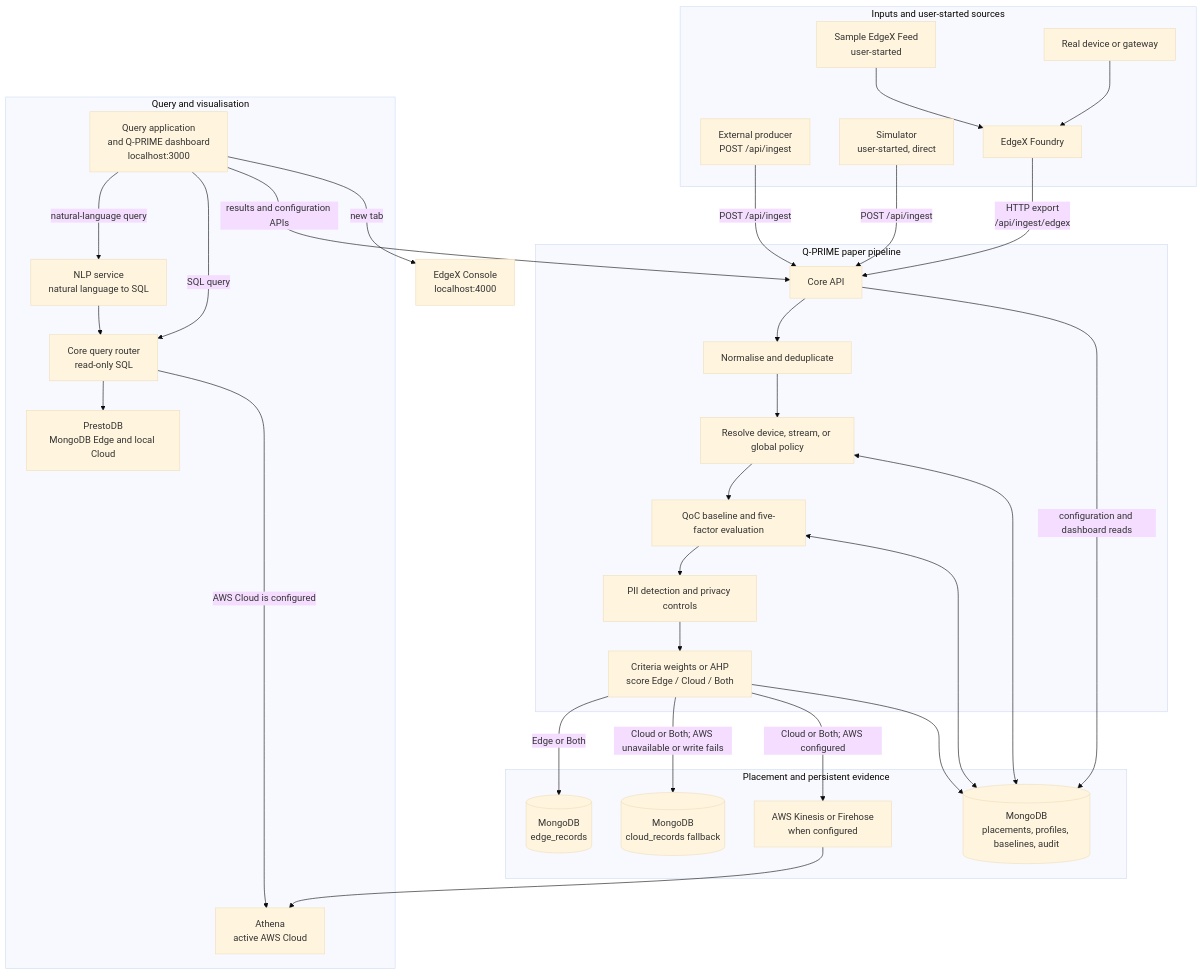
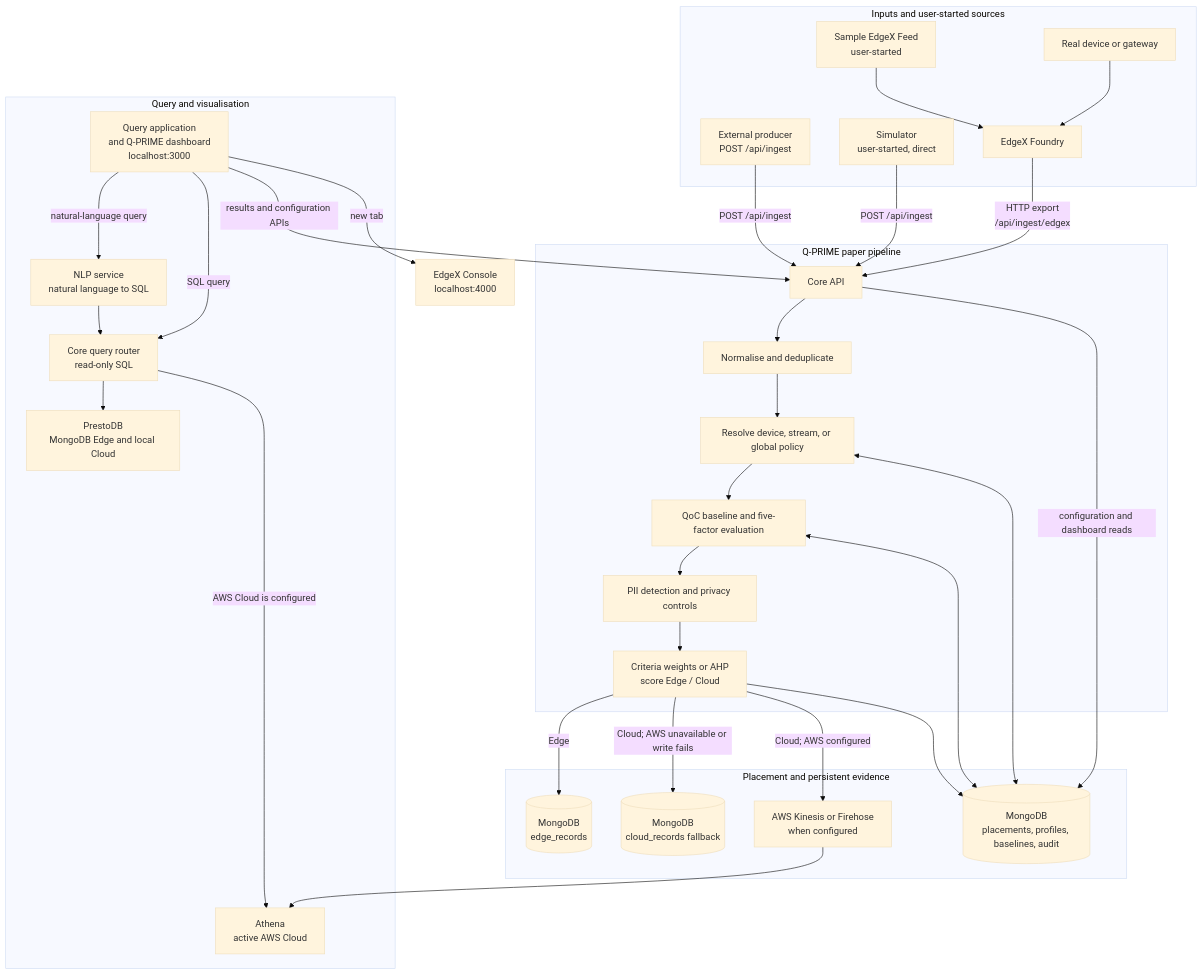
One commit to WSUProjects/Q-PRIME changed the diagram in documents/ARCHITECTURE.md. Above: the diagram before and after it, drawn with Mermaid (base theme). The commit also changed other lines of this file and 14 other files, not shown here.

Commit message:
fix: align tie handling with updated Edge/Cloud placement algorithm

````diff
--- a/documents/ARCHITECTURE.md
+++ b/documents/ARCHITECTURE.md
@@ -9,58 +9,58 @@
 ```mermaid
 flowchart TB
     subgraph Input[Inputs and user-started sources]
         Direct[External producer<br/>POST /api/ingest]
         Simulator[Simulator<br/>user-started, direct]
         Sample[Sample EdgeX Feed<br/>user-started]
         Device[Real device or gateway]
         EdgeX[EdgeX Foundry]
         Sample --> EdgeX
         Device --> EdgeX
     end
 
     subgraph Pipeline[Q-PRIME paper pipeline]
         CoreApi[Core API]
         Ingest[Normalise and deduplicate]
         Policy[Resolve device, stream, or global policy]
         Evaluate[QoC baseline and five-factor evaluation]
         Privacy[PII detection and privacy controls]
-        Score[Criteria weights or AHP<br/>score Edge / Cloud / Both]
+        Score[Criteria weights or AHP<br/>score Edge / Cloud]
 
         CoreApi --> Ingest --> Policy --> Evaluate --> Privacy --> Score
     end
 
     Direct -->|POST /api/ingest| CoreApi
     Simulator -->|POST /api/ingest| CoreApi
     EdgeX -->|HTTP export<br/>/api/ingest/edgex| CoreApi
 
     subgraph Persistence[Placement and persistent evidence]
         Edge[(MongoDB<br/>edge_records)]
         LocalCloud[(MongoDB<br/>cloud_records fallback)]
         AWS[AWS Kinesis or Firehose<br/>when configured]
         Evidence[(MongoDB<br/>placements, profiles, baselines, audit)]
     end
 
-    Score -->|Edge or Both| Edge
-    Score -->|Cloud or Both; AWS unavailable or write fails| LocalCloud
-    Score -->|Cloud or Both; AWS configured| AWS
+    Score -->|Edge| Edge
+    Score -->|Cloud; AWS unavailable or write fails| LocalCloud
+    Score -->|Cloud; AWS configured| AWS
     Score --> Evidence
     CoreApi -->|configuration and dashboard reads| Evidence
     Policy <--> Evidence
     Evaluate <--> Evidence
 
     subgraph ReadPaths[Query and visualisation]
         Web[Query application<br/>and Q-PRIME dashboard<br/>localhost:3000]
         NLP[NLP service<br/>natural language to SQL]
         Router[Core query router<br/>read-only SQL]
         Presto[PrestoDB<br/>MongoDB Edge and local Cloud]
         Athena[Athena<br/>active AWS Cloud]
     end
 
     Web -->|natural-language query| NLP --> Router
     Web -->|SQL query| Router
     Web -->|results and configuration APIs| CoreApi
     Web -->|new tab| Console[EdgeX Console<br/>localhost:4000]
     Router --> Presto
     Router -->|AWS Cloud is configured| Athena
     AWS --> Athena
 ```
````
